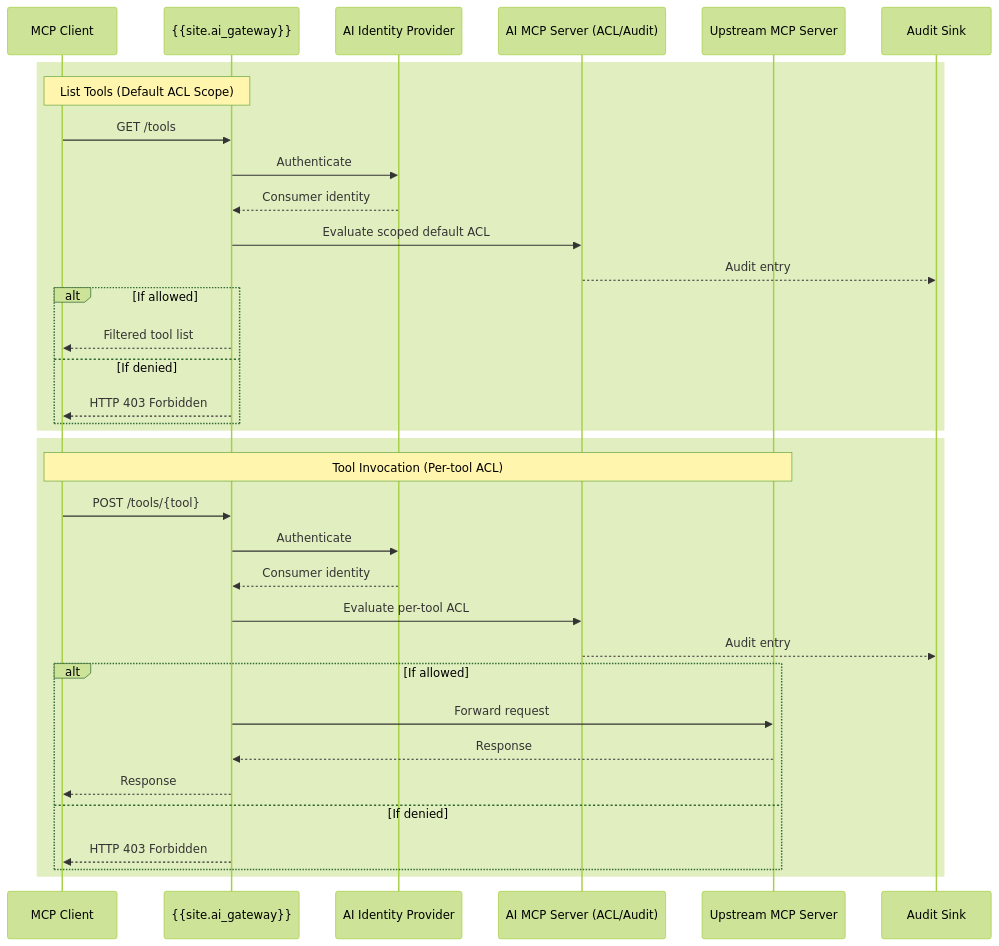
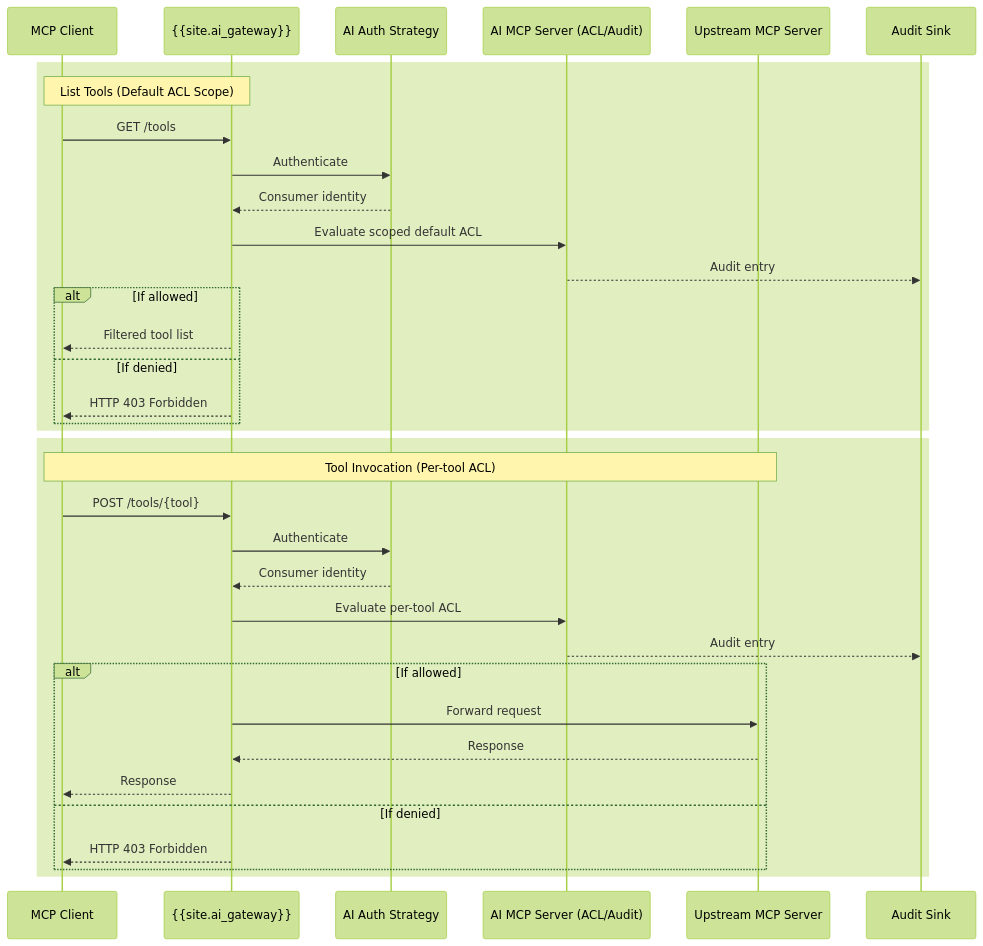
Before and after one commit to Kong/developer.konghq.com: the third of 3 diagrams in app/_ai_gateway_entities/ai-mcp-server.md, drawn with Mermaid (forest theme). The commit also changed other lines of this file and 21 other files, not shown here.

Commit message:
Migrated AI Identity Providers to AI Auth Strategies

```diff
--- a/app/_ai_gateway_entities/ai-mcp-server.md
+++ b/app/_ai_gateway_entities/ai-mcp-server.md
@@ -538,41 +538,41 @@
 {% mermaid %}
 sequenceDiagram
   participant Client as MCP Client
   participant Gateway as {{site.ai_gateway}}
-  participant Auth as AI Identity Provider
+  participant Auth as AI Auth Strategy
   participant ACL as AI MCP Server (ACL/Audit)
   participant Up as Upstream MCP Server
   participant Log as Audit Sink
 
   %% ----- List Tools -----
   rect
     note over Client,Gateway: List Tools (Default ACL Scope)
     Client->>Gateway: GET /tools
     Gateway->>Auth: Authenticate
     Auth-->>Gateway: Consumer identity
     Gateway->>ACL: Evaluate scoped default ACL
     ACL-->>Log: Audit entry
     alt If allowed
       Gateway-->>Client: Filtered tool list
     else If denied
       Gateway-->>Client: HTTP 403 Forbidden
     end
   end
 
   %% ----- Tool Invocation -----
   rect
     note over Client,Up: Tool Invocation (Per-tool ACL)
     Client->>Gateway: POST /tools/{tool}
     Gateway->>Auth: Authenticate
     Auth-->>Gateway: Consumer identity
     Gateway->>ACL: Evaluate per-tool ACL
     ACL-->>Log: Audit entry
     alt If allowed
       Gateway->>Up: Forward request
       Up-->>Gateway: Response
       Gateway-->>Client: Response
     else If denied
       Gateway-->>Client: HTTP 403 Forbidden
     end
   end
 {% endmermaid %}
```
